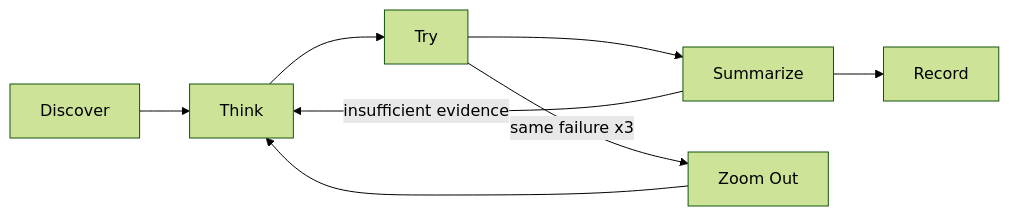
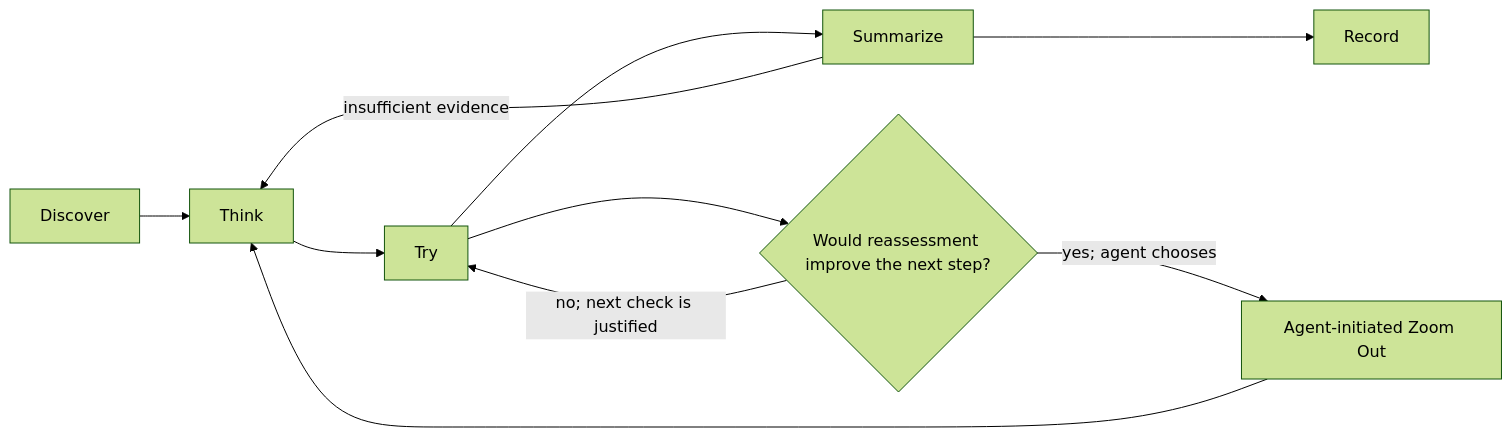
One commit to dyphn1/Harness-everything changed the third of 3 diagrams in docs/architecture.md. Above: the diagram before and after it, drawn with Mermaid (forest theme). The commit also changed other lines of this file and 17 other files, not shown here.

First line of the commit message:
docs(zoom-out): describe agent-initiated zoom-out in active docs

````diff
--- a/docs/architecture.md
+++ b/docs/architecture.md
@@ -196,10 +196,12 @@
 ```mermaid
 flowchart LR
     D[Discover] --> T[Think]
     T --> Y[Try]
     Y --> S[Summarize]
     S --> R[Record]
     S -- insufficient evidence --> T
-    Y -- same failure x3 --> Z[Zoom Out]
+    Y --> A{Would reassessment improve the next step?}
+    A -->|yes; agent chooses| Z[Agent-initiated Zoom Out]
+    A -->|no; next check is justified| Y
     Z --> T
 ```
````
